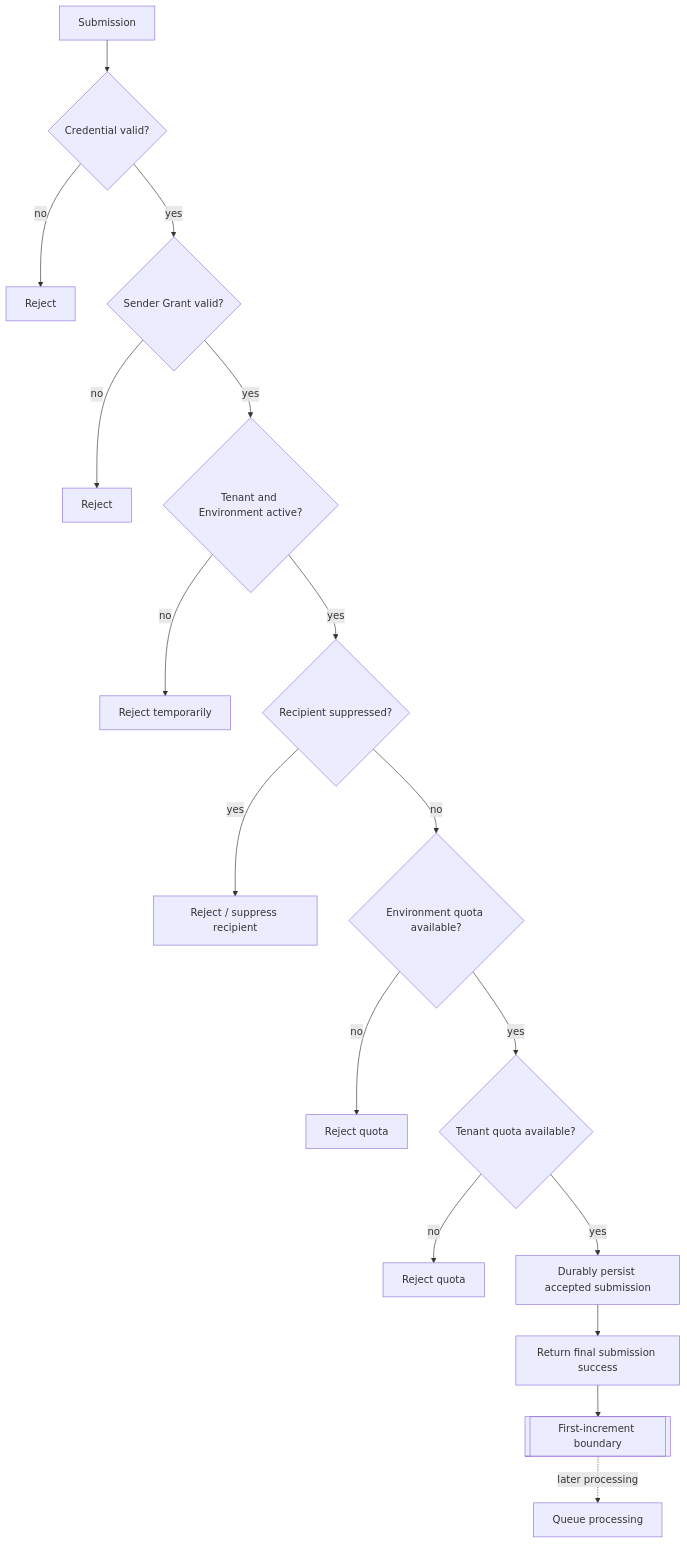
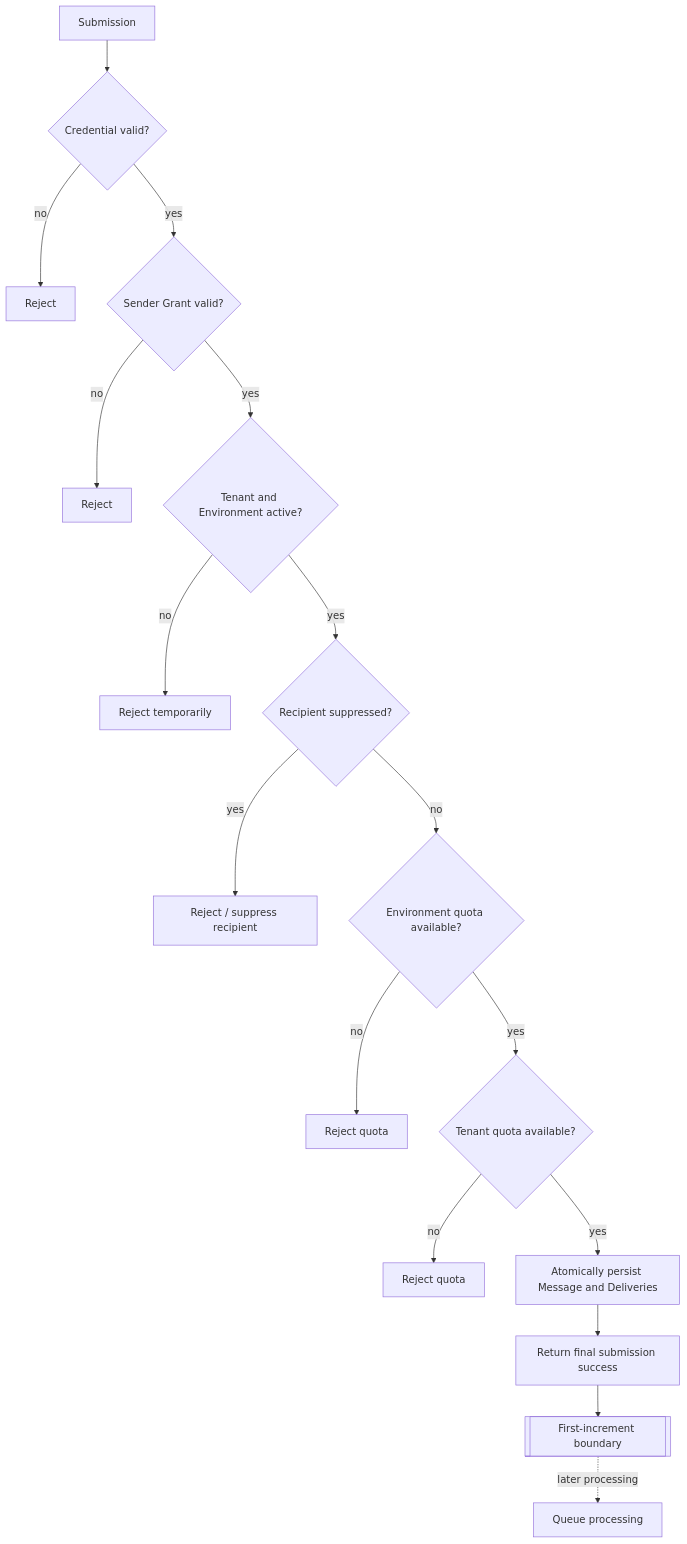
Before and after one commit to viiag7/ProjectVelaris: the first of 2 diagrams in docs/architecture/message-lifecycle.md, drawn with Mermaid. The commit also changed other lines of this file and 5 other files, not shown here.

````diff
--- a/docs/architecture/message-lifecycle.md
+++ b/docs/architecture/message-lifecycle.md
@@ -5,19 +5,19 @@
 ```mermaid
 flowchart TD
     S[Submission] --> AUTH{Credential valid?}
     AUTH -- no --> R1[Reject]
     AUTH -- yes --> SG{Sender Grant valid?}
     SG -- no --> R2[Reject]
     SG -- yes --> ST{Tenant and Environment active?}
     ST -- no --> R3[Reject temporarily]
     ST -- yes --> SUP{Recipient suppressed?}
     SUP -- yes --> R4[Reject / suppress recipient]
     SUP -- no --> EQ{Environment quota available?}
     EQ -- no --> R5[Reject quota]
     EQ -- yes --> TQ{Tenant quota available?}
     TQ -- no --> R6[Reject quota]
-    TQ -- yes --> ACCEPT[Durably persist accepted submission]
+    TQ -- yes --> ACCEPT[Atomically persist Message and Deliveries]
     ACCEPT --> ACK[Return final submission success]
     ACK --> STOP[[First-increment boundary]]
     STOP -. later processing .-> QUEUE[Queue processing]
 ```
````
